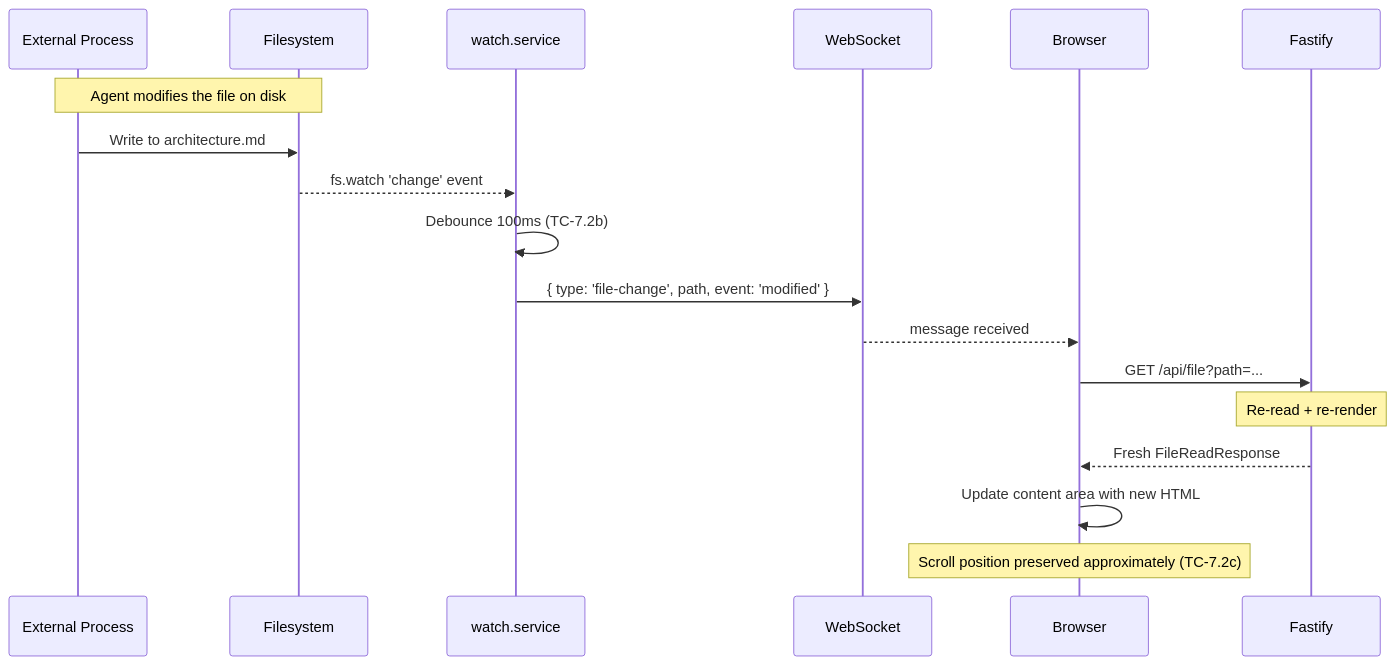
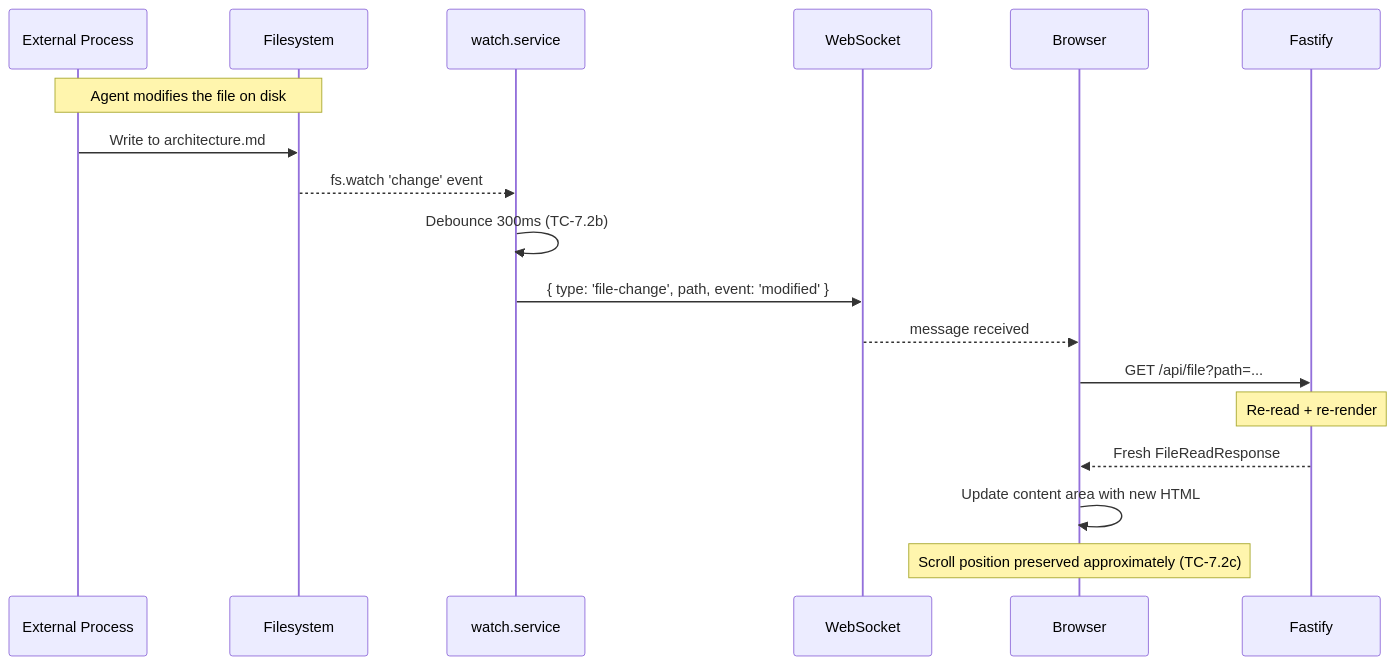
One commit to liminal-ai/mdv changed the second of 3 diagrams in docs/spec-build/features/02--document-viewing-and-multi-tab-reading/tech-design-api.md. Above: the diagram before and after it, drawn with Mermaid. The commit also changed other lines of this file and 11 other files, not shown here.

````diff
--- a/docs/spec-build/features/02--document-viewing-and-multi-tab-reading/tech-design-api.md
+++ b/docs/spec-build/features/02--document-viewing-and-multi-tab-reading/tech-design-api.md
@@ -939,21 +939,21 @@
 ```mermaid
 sequenceDiagram
     participant Agent as External Process
     participant FS as Filesystem
     participant Watch as watch.service
     participant WS as WebSocket
     participant Browser
     participant Server as Fastify
 
     Note over Agent,FS: Agent modifies the file on disk
     Agent->>FS: Write to architecture.md
     FS-->>Watch: fs.watch 'change' event
-    Watch->>Watch: Debounce 100ms (TC-7.2b)
+    Watch->>Watch: Debounce 300ms (TC-7.2b)
     Watch->>WS: { type: 'file-change', path, event: 'modified' }
     WS-->>Browser: message received
     Browser->>Server: GET /api/file?path=...
     Note over Server: Re-read + re-render
     Server-->>Browser: Fresh FileReadResponse
     Browser->>Browser: Update content area with new HTML
     Note over Browser: Scroll position preserved approximately (TC-7.2c)
 ```
````
